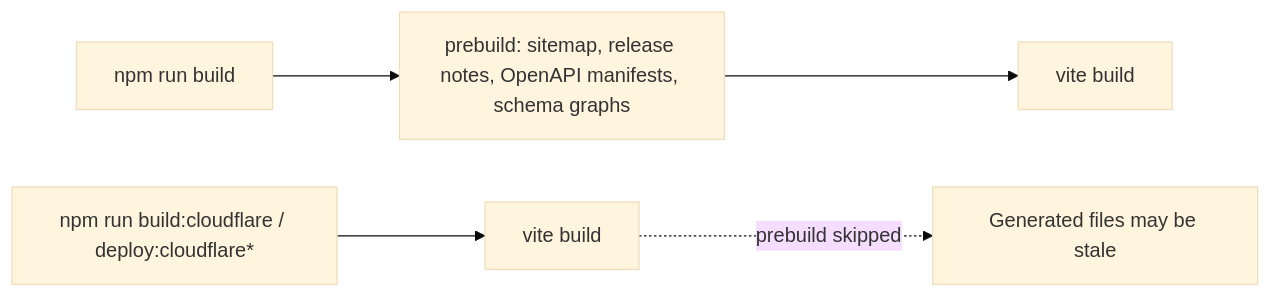
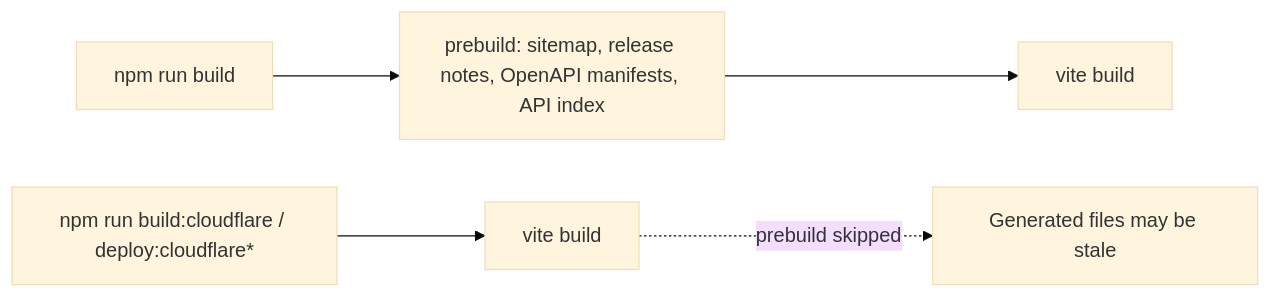
The second of 2 diagrams in docs/analysis.md (fullstopdev/resource-browser), drawn with Mermaid (base theme) before and after one commit. The commit also changed 673 other files, not shown here.

First line of the commit message:
Redesign the API reference around resources and actions; remove the schema graph.

````diff
--- a/docs/analysis.md
+++ b/docs/analysis.md
@@ -62,7 +62,7 @@
 ```mermaid
 flowchart LR
-  B["npm run build"] --> PRE["prebuild: sitemap, release notes, OpenAPI manifests, schema graphs"]
+  B["npm run build"] --> PRE["prebuild: sitemap, release notes, OpenAPI manifests, API index"]
   PRE --> V1["vite build"]
   BC["npm run build:cloudflare / deploy:cloudflare*"] --> V2["vite build"]
   V2 -.->|"prebuild skipped"| STALE["Generated files may be stale"]
 ```
````
